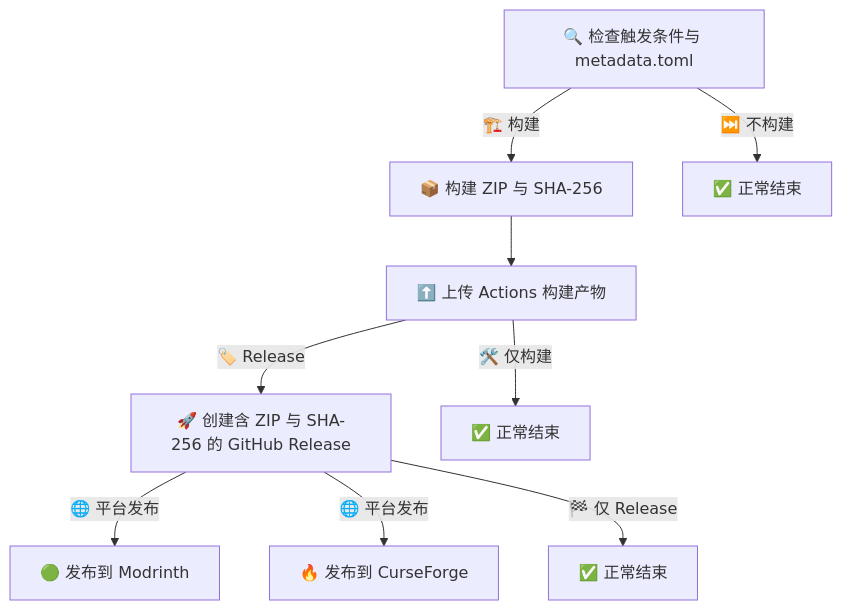
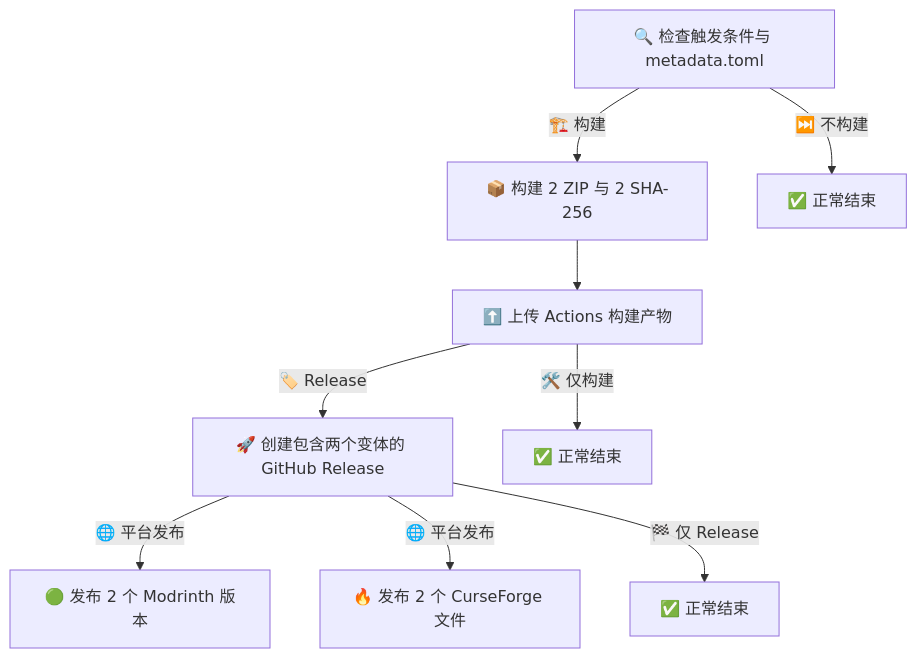
Before and after one commit to VincentZyuApps/WireSight: the diagram in .github/workflows/build.zh-cn.md, drawn with Mermaid. The commit also changed other lines of this file and 12 other files, not shown here.

````diff
--- a/.github/workflows/build.zh-cn.md
+++ b/.github/workflows/build.zh-cn.md
@@ -57,11 +57,11 @@
 ```mermaid
 flowchart TB
-    C[🔍 检查触发条件与 metadata.toml] -->|🏗️ 构建| B[📦 构建 ZIP 与 SHA-256]
+    C[🔍 检查触发条件与 metadata.toml] -->|🏗️ 构建| B[📦 构建 2 ZIP 与 2 SHA-256]
     C -->|⏭️ 不构建| S1[✅ 正常结束]
     B --> A[⬆️ 上传 Actions 构建产物]
-    A -->|🏷️ Release| R[🚀 创建含 ZIP 与 SHA-256 的 GitHub Release]
+    A -->|🏷️ Release| R[🚀 创建包含两个变体的 GitHub Release]
     A -->|🛠️ 仅构建| S2[✅ 正常结束]
-    R -->|🌐 平台发布| M[🟢 发布到 Modrinth]
-    R -->|🌐 平台发布| F[🔥 发布到 CurseForge]
+    R -->|🌐 平台发布| M[🟢 发布 2 个 Modrinth 版本]
+    R -->|🌐 平台发布| F[🔥 发布 2 个 CurseForge 文件]
     R -->|🏁 仅 Release| S3[✅ 正常结束]
 ```
````
